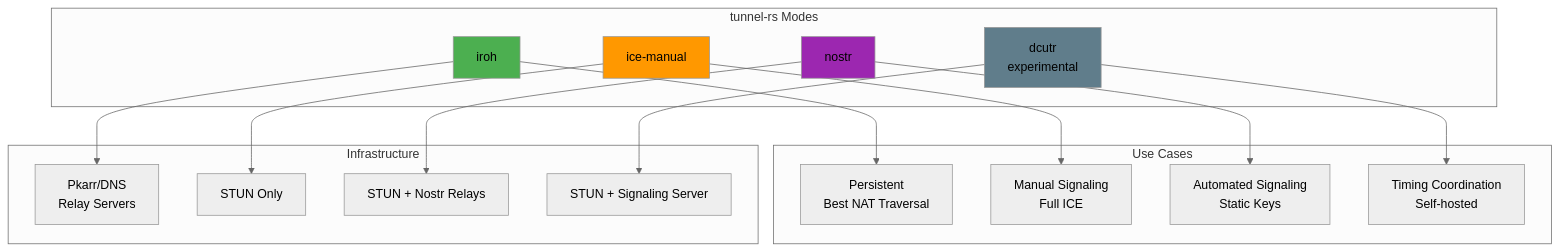
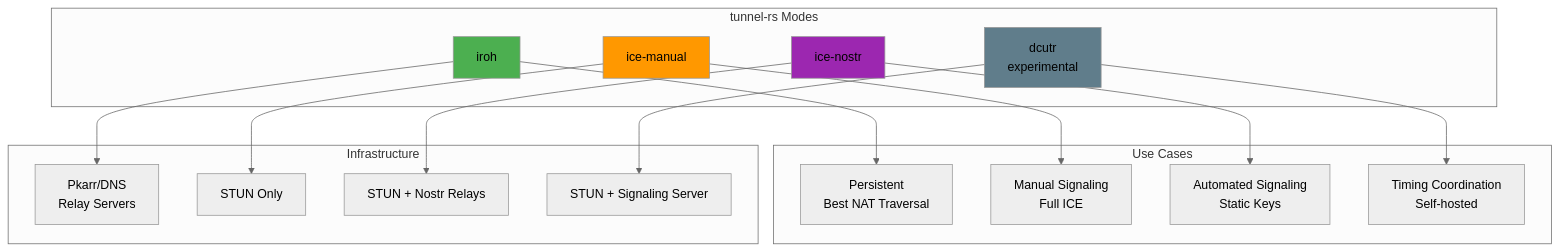
One commit to andrewtheguy/vpn-rs changed the first of 36 diagrams in docs/ARCHITECTURE.md. Above: the diagram before and after it, drawn with Mermaid (neutral theme). The commit also changed other lines of this file, not shown here.

Commit message:
refactor: correct naming inconsistencies for ice-nostr and ice-manual modes in architecture documentation

````diff
--- a/docs/ARCHITECTURE.md
+++ b/docs/ARCHITECTURE.md
@@ -27,38 +27,38 @@
 ```mermaid
 graph TB
     subgraph "tunnel-rs Modes"
         A[iroh]
         C[ice-manual]
-        D2[nostr]
+        D2[ice-nostr]
         D3[dcutr<br/>experimental]
     end
 
     subgraph "Use Cases"
         D[Persistent<br/>Best NAT Traversal]
         F[Manual Signaling<br/>Full ICE]
         F2[Automated Signaling<br/>Static Keys]
         F3[Timing Coordination<br/>Self-hosted]
     end
 
     subgraph "Infrastructure"
         G[Pkarr/DNS<br/>Relay Servers]
         I[STUN Only]
         I2[STUN + Nostr Relays]
         I3[STUN + Signaling Server]
     end
 
     A --> D
     C --> F
     D2 --> F2
     D3 --> F3
 
     A --> G
     C --> I
     D2 --> I2
     D3 --> I3
 
     style A fill:#4CAF50
     style C fill:#FF9800
     style D2 fill:#9C27B0
     style D3 fill:#607D8B
 ```
````
